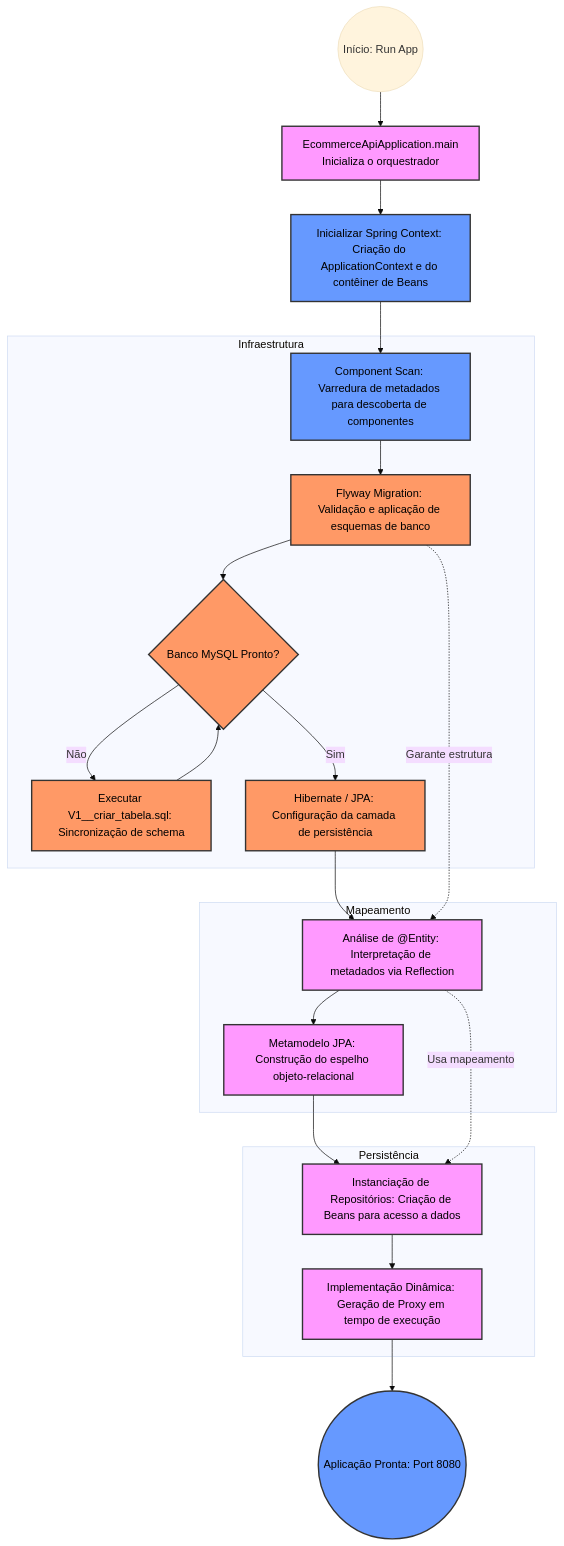
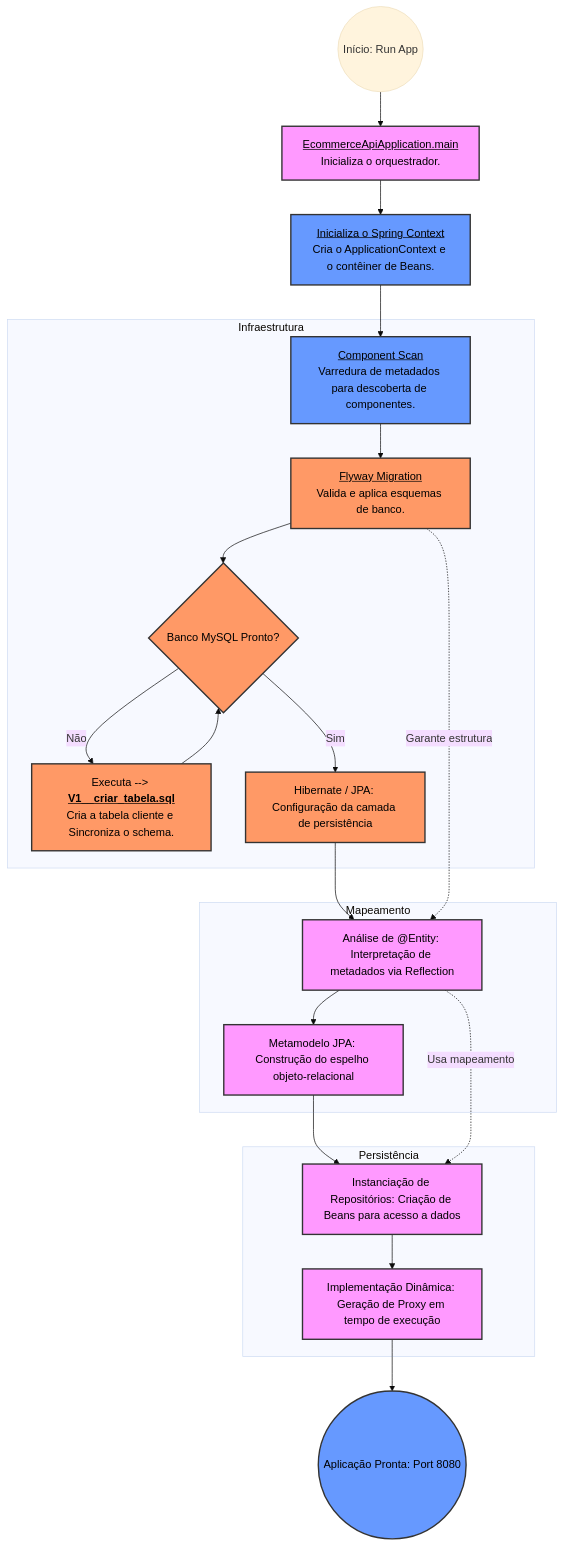
The diagram in docs/docs/fluxo_de_execucao.md (ahaerdy/ecommerce-api), drawn with Mermaid (base theme) before and after one commit. The commit also changed other lines of this file, not shown here.

Commit message:
docs: refinar diagrama de fluxo de execução no mermaid

````diff
--- a/docs/docs/fluxo_de_execucao.md
+++ b/docs/docs/fluxo_de_execucao.md
@@ -20,37 +20,37 @@
 ```mermaid
 graph TD
     %% Estilo dos nós (Texto preto para legibilidade)
     classDef main fill:#f9f,stroke:#333,stroke-width:2px,color:#000;
     classDef spring fill:#69f,stroke:#333,stroke-width:2px,color:#000;
     classDef infra fill:#f96,stroke:#333,stroke-width:2px,color:#000;
     classDef logic fill:#f9f,stroke:#333,stroke-width:2px,color:#000;
 
-    Start((Início: Run App)) --> Main["EcommerceApiApplication.main<br/>Inicializa o orquestrador"]:::main
+    Start((Início: Run App)) --> Main["<u>EcommerceApiApplication.main</u><br/>Inicializa o orquestrador."]:::main
     
-    Main --> Init[Inicializar Spring Context: Criação do ApplicationContext e do contêiner de Beans]:::spring
-    Init --> Scan[Component Scan: Varredura de metadados para descoberta de componentes]:::spring
+    Main --> Init["<u>Inicializa o Spring Context</u><br>Cria o ApplicationContext e o contêiner de Beans."]:::spring
+    Init --> Scan["<u>Component Scan</u><br>Varredura de metadados para descoberta de componentes."]:::spring
     
     subgraph Infraestrutura
-    Scan --> Flyway[Flyway Migration: Validação e aplicação de esquemas de banco]:::infra
+    Scan --> Flyway["<u>Flyway Migration</u><br>Valida e aplica esquemas de banco."]:::infra
     Flyway --> DB{Banco MySQL Pronto?}:::infra
-    DB -- Não --> Migrate[Executar V1__criar_tabela.sql: Sincronização de schema]:::infra
+    DB -- Não --> Migrate["Executa --> <u><strong>V1__criar_tabela.sql</strong></u><br>Cria a tabela cliente e Sincroniza o schema."]:::infra
     Migrate --> DB
     DB -- Sim --> Hibernate[Hibernate / JPA: Configuração da camada de persistência]:::infra
     end
 
     subgraph Mapeamento
     Hibernate --> Entity[Análise de @Entity: Interpretação de metadados via Reflection]:::logic
     Entity --> Meta[Metamodelo JPA: Construção do espelho objeto-relacional]:::logic
     end
 
     subgraph Persistência
     Meta --> Repo[Instanciação de Repositórios: Criação de Beans para acesso a dados]:::logic
     Repo --> Proxy[Implementação Dinâmica: Geração de Proxy em tempo de execução]:::logic
     end
 
     Proxy --> Ready((Aplicação Pronta: Port 8080)):::spring
 
     %% Conexões de dependência
     Entity -.->|Usa mapeamento| Repo
     Flyway -.->|Garante estrutura| Entity
 ```
````
